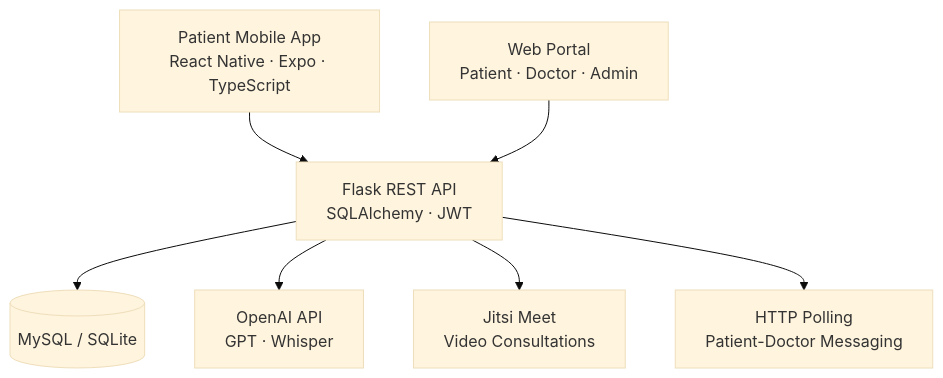
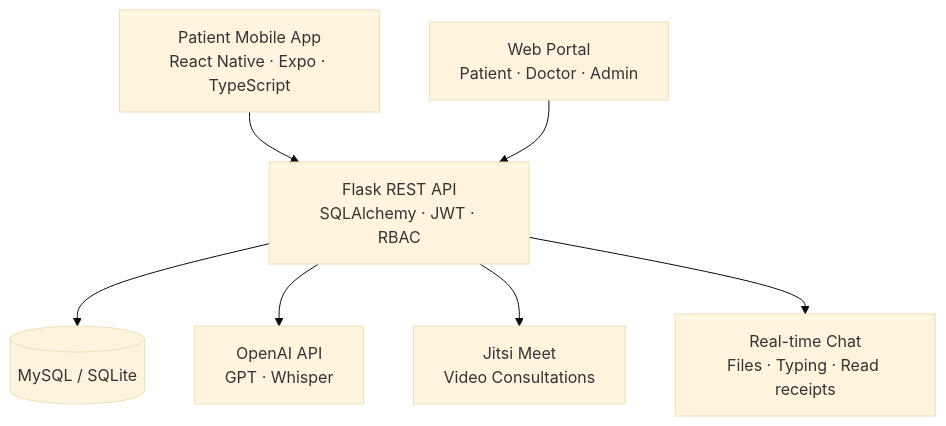
Before and after one commit to Awab7-ux/Awab7-ux: the first of 5 diagrams in README.md, drawn with Mermaid (base theme). The commit also changed other lines of this file, not shown here.

````diff
--- a/README.md
+++ b/README.md
@@ -73,12 +71,12 @@
 ```mermaid
 flowchart TD
     P["Patient Mobile App<br/>React Native · Expo · TypeScript"]
     W["Web Portal<br/>Patient · Doctor · Admin"]
     P --> API
     W --> API
-    API["Flask REST API<br/>SQLAlchemy · JWT"]
+    API["Flask REST API<br/>SQLAlchemy · JWT · RBAC"]
     API --> DB[("MySQL / SQLite")]
     API --> AI["OpenAI API<br/>GPT · Whisper"]
     API --> J["Jitsi Meet<br/>Video Consultations"]
-    API --> CHAT["HTTP Polling<br/>Patient-Doctor Messaging"]
+    API --> CHAT["Real-time Chat<br/>Files · Typing · Read receipts"]
 ```
````
